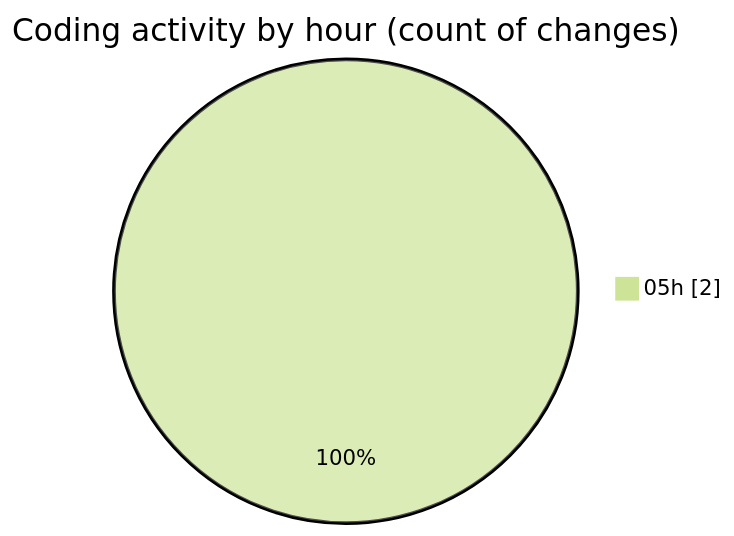
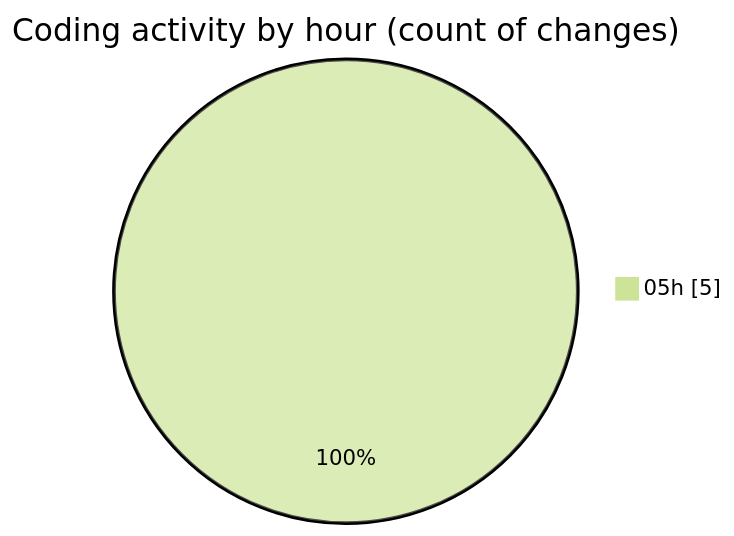
The second of 2 diagrams in 2024-12-30/rareicon/README.md (ernivani/code-tracking), drawn with Mermaid (forest theme) before and after one commit. The commit also changed other lines of this file and 2 other files, not shown here.

````diff
--- a/2024-12-30/rareicon/README.md
+++ b/2024-12-30/rareicon/README.md
@@ -30,5 +30,5 @@
 ```mermaid
 pie showData
 title Coding activity by hour (count of changes)
-"05h" : 2
+"05h" : 5
 ```
````
